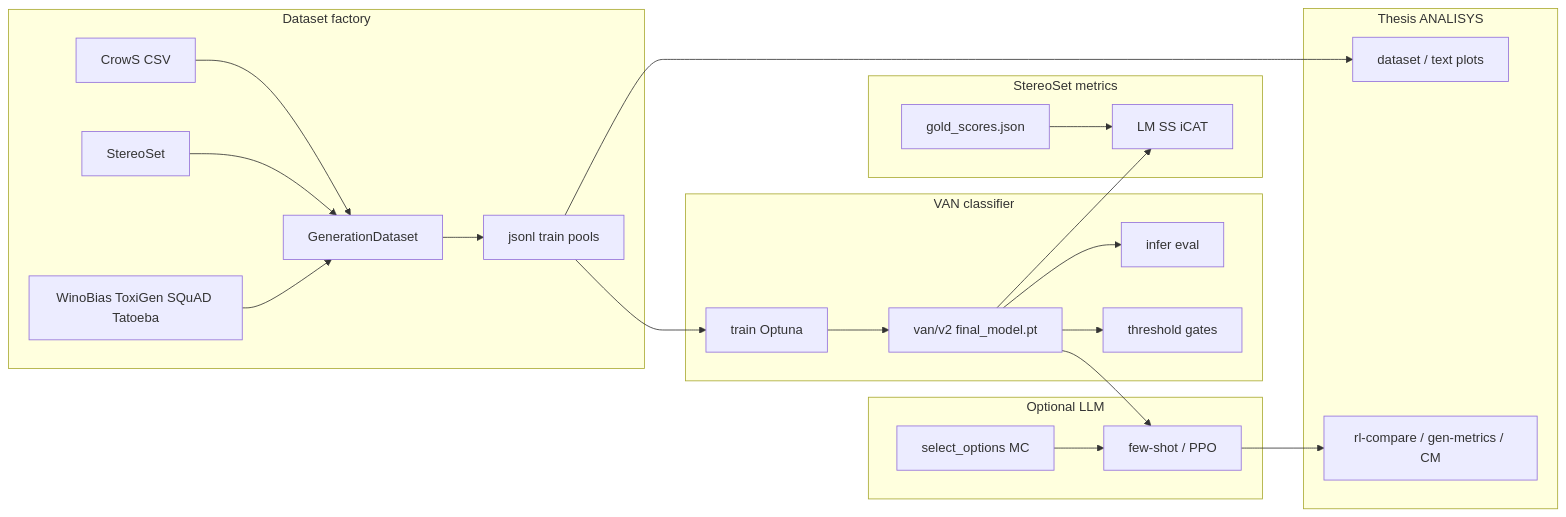
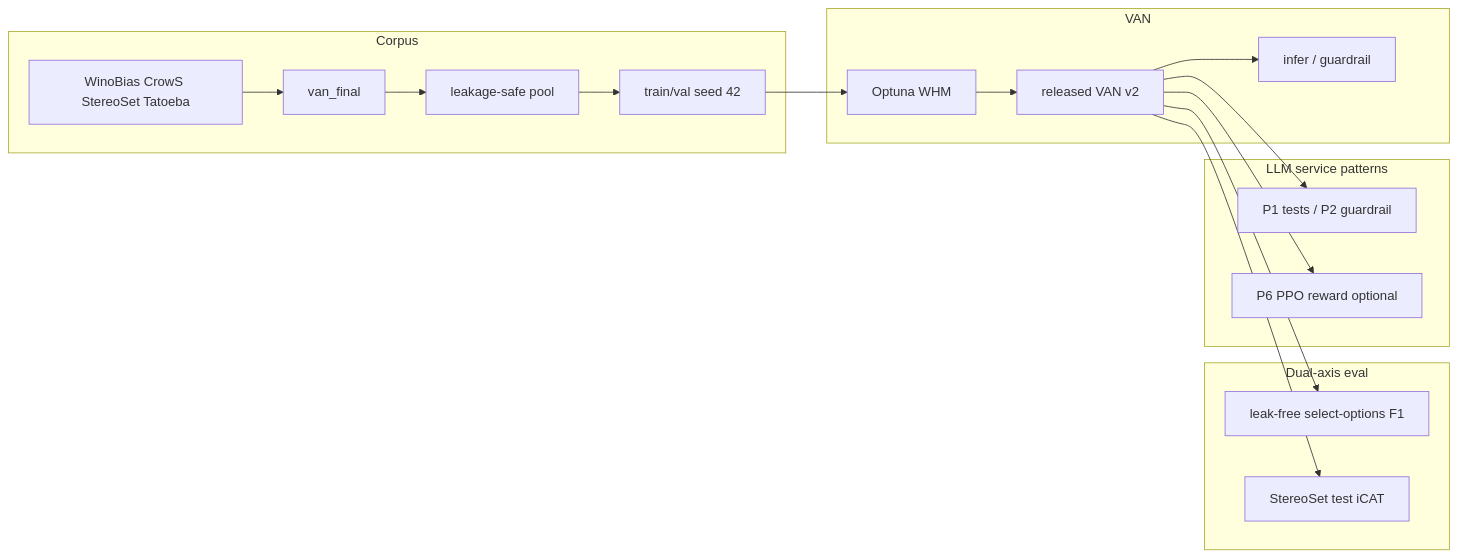
One commit to dany27041991/fairai changed the first of 2 diagrams in docs/OVERVIEW.md. Above: the diagram before and after it, drawn with Mermaid. The commit also changed other lines of this file and 9 other files, not shown here.

````diff
--- a/docs/OVERVIEW.md
+++ b/docs/OVERVIEW.md
@@ -7,34 +7,25 @@
 ```mermaid
 flowchart LR
-  subgraph gen [Dataset factory]
-    CrowS[CrowS CSV]
-    SS[StereoSet]
-    Other[WinoBias ToxiGen SQuAD Tatoeba]
-    CrowS --> GenNB[GenerationDataset]
-    SS --> GenNB
-    Other --> GenNB
-    GenNB --> JSONL[jsonl train pools]
+  subgraph corpus [Corpus]
+    Sources[WinoBias CrowS StereoSet Tatoeba]
+    Sources --> Merge[van_final]
+    Merge --> Leak[leakage-safe pool]
+    Leak --> Split[train/val seed 42]
   end
 
-  subgraph van [VAN classifier]
-    JSONL --> Train[train Optuna]
-    Train --> Ckpt[van/v2 final_model.pt]
-    Ckpt --> Infer[infer eval]
-    Ckpt --> Thr[threshold gates]
+  subgraph van [VAN]
+    Split --> HPO[Optuna WHM]
+    HPO --> Ckpt[released VAN v2]
+    Ckpt --> Infer[infer / guardrail]
   end
 
-  subgraph icat [StereoSet metrics]
-    Ckpt --> ICAT[LM SS iCAT]
-    Gold[gold_scores.json] --> ICAT
+  subgraph eval [Dual-axis eval]
+    Ckpt --> F1[leak-free select-options F1]
+    Ckpt --> ICAT[StereoSet test iCAT]
   end
 
-  subgraph llm [Optional LLM]
-    MC[select_options MC] --> FewShot[few-shot / PPO]
-    Ckpt --> FewShot
-  end
-
-  subgraph analysis [Thesis ANALISYS]
-    JSONL --> Dist[dataset / text plots]
-    FewShot --> Charts[rl-compare / gen-metrics / CM]
+  subgraph integrate [LLM service patterns]
+    Ckpt --> P12[P1 tests / P2 guardrail]
+    Ckpt --> P6[P6 PPO reward optional]
   end
 ```
````
